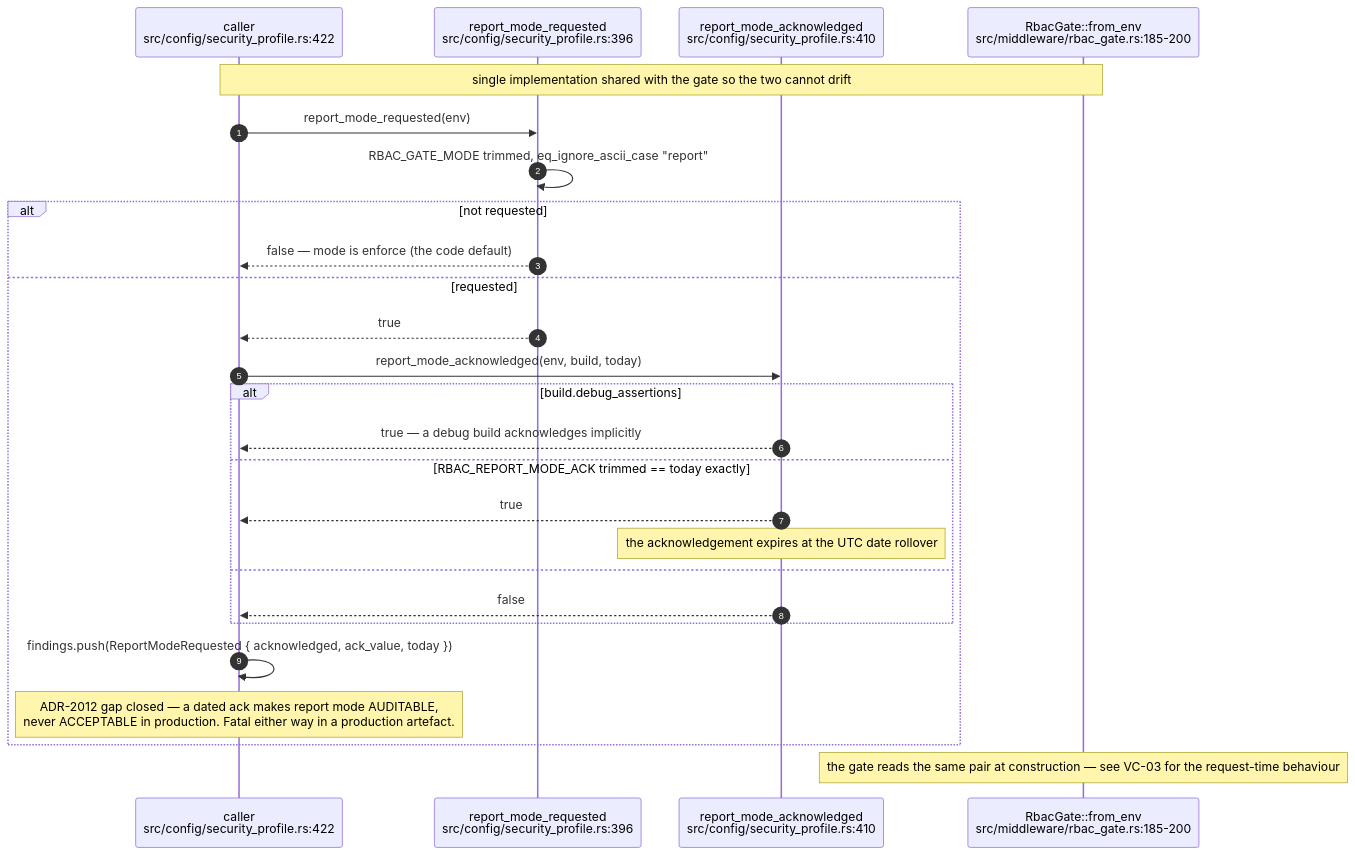
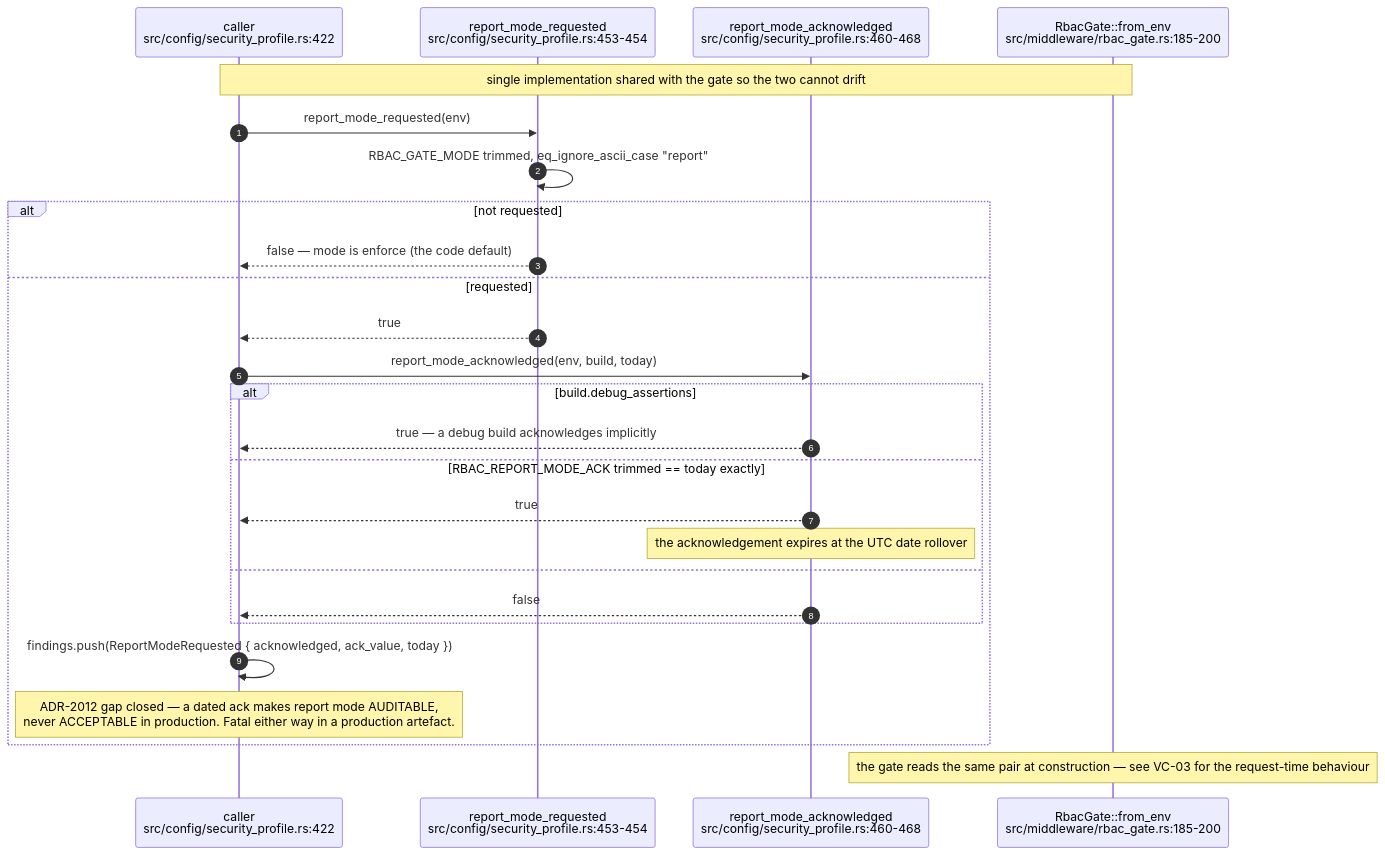
Before and after one commit to DreamLab-AI/AR-AI-Knowledge-Graph: the seventh of 15 diagrams in docs/diagrams/visionclaw/09-config-and-env-flags.md, drawn with Mermaid. The commit also changed other lines of this file and 36 other files, not shown here.

````diff
--- a/docs/diagrams/visionclaw/09-config-and-env-flags.md
+++ b/docs/diagrams/visionclaw/09-config-and-env-flags.md
@@ -344,29 +344,29 @@
 ```mermaid
 sequenceDiagram
     autonumber
     participant C as caller<br/>src/config/security_profile.rs:422
-    participant R as report_mode_requested<br/>src/config/security_profile.rs:396
-    participant K as report_mode_acknowledged<br/>src/config/security_profile.rs:410
+    participant R as report_mode_requested<br/>src/config/security_profile.rs:453-454
+    participant K as report_mode_acknowledged<br/>src/config/security_profile.rs:460-468
     participant G as RbacGate::from_env<br/>src/middleware/rbac_gate.rs:185-200
 
     Note over C,G: single implementation shared with the gate so the two cannot drift
     C->>R: report_mode_requested(env)
     R->>R: RBAC_GATE_MODE trimmed, eq_ignore_ascii_case "report"
     alt not requested
         R-->>C: false — mode is enforce (the code default)
     else requested
         R-->>C: true
         C->>K: report_mode_acknowledged(env, build, today)
         alt build.debug_assertions
             K-->>C: true — a debug build acknowledges implicitly
         else RBAC_REPORT_MODE_ACK trimmed == today exactly
             K-->>C: true
             Note over K: the acknowledgement expires at the UTC date rollover
         else
             K-->>C: false
         end
         C->>C: findings.push(ReportModeRequested { acknowledged, ack_value, today })
         Note over C: ADR-2012 gap closed — a dated ack makes report mode AUDITABLE,<br/>never ACCEPTABLE in production. Fatal either way in a production artefact.
     end
     Note over G: the gate reads the same pair at construction — see VC-03 for the request-time behaviour
 ```
````
